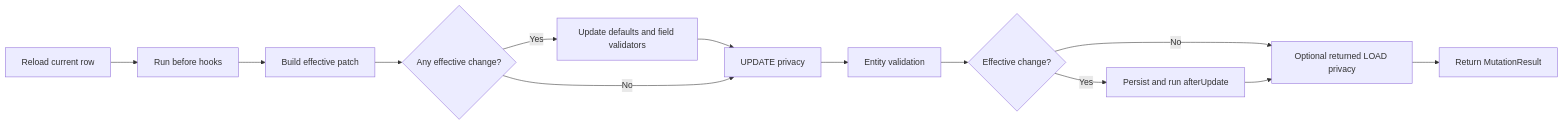
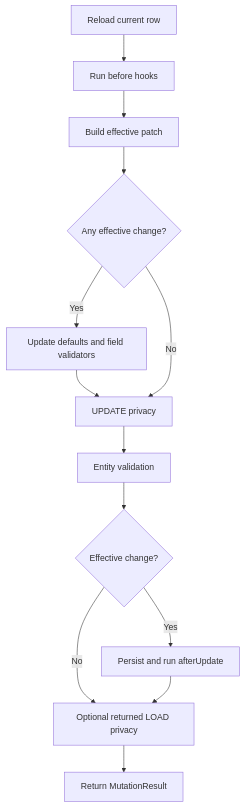
Before and after one commit to CaseyMcGuire/EntKt: the fourth of 5 diagrams in docs/operation-lifecycle.md, drawn with Mermaid. The commit also changed other lines of this file, not shown here.

Commit message:
Split lifecycle diagrams by operation

````diff
--- a/docs/operation-lifecycle.md
+++ b/docs/operation-lifecycle.md
@@ -235,15 +228,15 @@
 ```mermaid
-flowchart LR
+flowchart TD
     reload["Reload current row"] --> hooks["Run before hooks"]
     hooks --> patch["Build effective patch"]
     patch --> changed{"Any effective change?"}
     changed -- Yes --> fields["Update defaults and field validators"]
     fields --> privacy["UPDATE privacy"]
     changed -- No --> privacy
     privacy --> validation["Entity validation"]
     validation --> write{"Effective change?"}
     write -- Yes --> persist["Persist and run afterUpdate"]
     write -- No --> disclose["Optional returned LOAD privacy"]
     persist --> disclose
     disclose --> result["Return MutationResult"]
 ```
````
